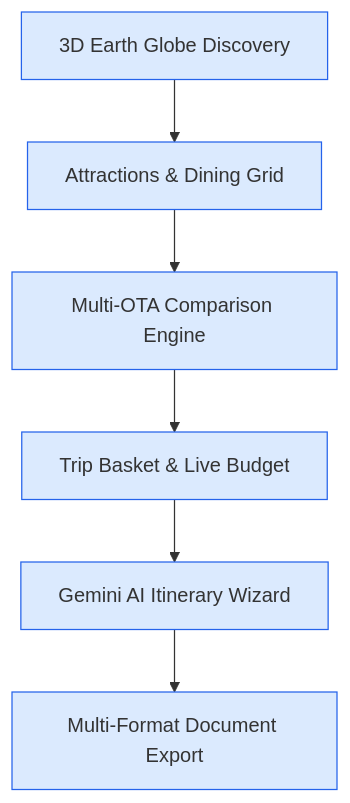
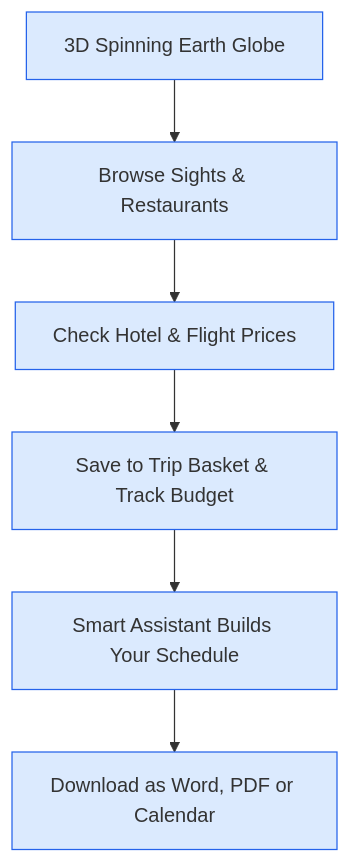
Diagram 11 of 15 in README.md (sharonxinn/Plan_Trip), drawn with Mermaid before and after one commit. The commit also changed other lines of this file and 21 other files, not shown here.

````diff
--- a/README.md
+++ b/README.md
@@ -568,14 +573,14 @@
 ```mermaid
 graph TD
-    A[3D Earth Globe Discovery] --> B[Attractions & Dining Grid]
-    B --> C[Multi-OTA Comparison Engine]
-    C --> D[Trip Basket & Live Budget]
-    D --> E[Gemini AI Itinerary Wizard]
-    E --> F[Multi-Format Document Export]
+    A[3D Spinning Earth Globe] --> B[Browse Sights & Restaurants]
+    B --> C[Check Hotel & Flight Prices]
+    C --> D[Save to Trip Basket & Track Budget]
+    D --> E[Smart Assistant Builds Your Schedule]
+    E --> F[Download as Word, PDF or Calendar]
     style A fill:#dbeafe,stroke:#2563eb
     style B fill:#dbeafe,stroke:#2563eb
     style C fill:#dbeafe,stroke:#2563eb
     style D fill:#dbeafe,stroke:#2563eb
     style E fill:#dbeafe,stroke:#2563eb
     style F fill:#dbeafe,stroke:#2563eb
 ```
````
